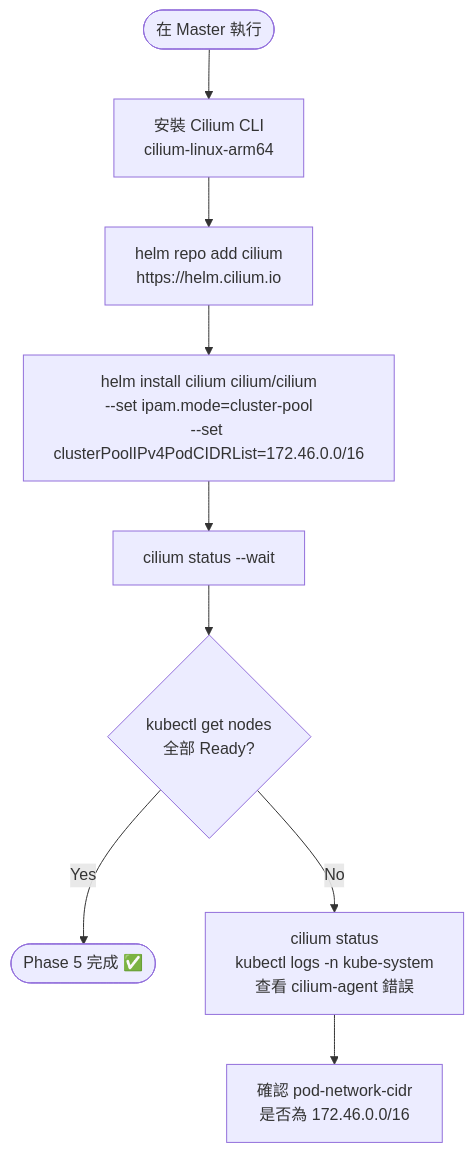
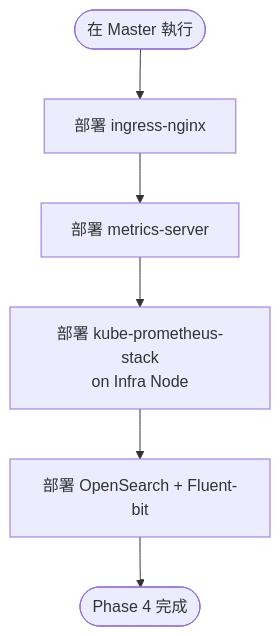
The fifth of 6 diagrams in kubernetes/3node-multipass/setup-flowchart.md (MansionLai/notebook), drawn with Mermaid before and after one commit. The commit also changed other lines of this file and 3 other files, not shown here.

````diff
--- a/kubernetes/3node-multipass/setup-flowchart.md
+++ b/kubernetes/3node-multipass/setup-flowchart.md
@@ -103,11 +72,8 @@
 ```mermaid
 flowchart TD
-    S([在 Master 執行]) --> CLI[安裝 Cilium CLI\ncilium-linux-arm64]
-    CLI --> HELM[helm repo add cilium\nhttps://helm.cilium.io]
-    HELM --> INSTALL["helm install cilium cilium/cilium\n--set ipam.mode=cluster-pool\n--set clusterPoolIPv4PodCIDRList=172.46.0.0/16"]
-    INSTALL --> WAIT[cilium status --wait]
-    WAIT --> CHK{"kubectl get nodes\n全部 Ready?"}
-    CHK -- Yes --> DONE([Phase 5 完成 ✅])
-    CHK -- No --> LOG[cilium status\nkubectl logs -n kube-system\n查看 cilium-agent 錯誤]
-    LOG --> DBG[確認 pod-network-cidr\n是否為 172.46.0.0/16]
+    S([在 Master 執行]) --> H1[部署 ingress-nginx]
+    H1 --> H2[部署 metrics-server]
+    H2 --> H3[部署 kube-prometheus-stack\non Infra Node]
+    H3 --> H4[部署 OpenSearch + Fluent-bit]
+    H4 --> DONE([Phase 4 完成])
 ```
````
